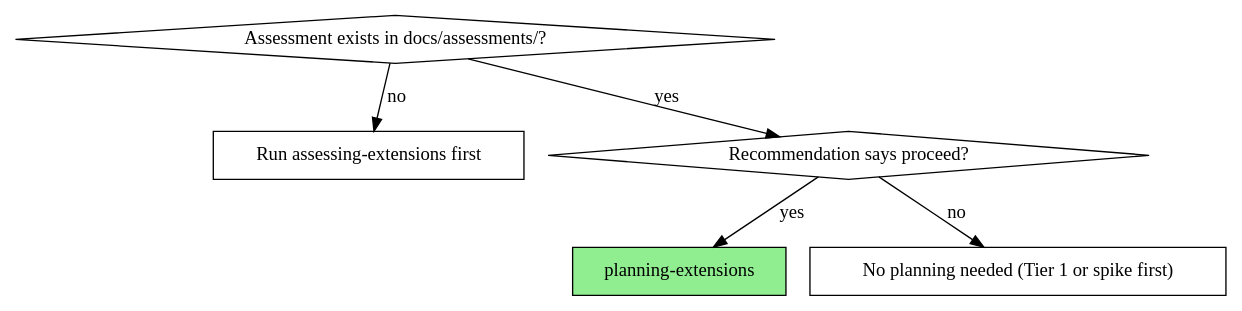
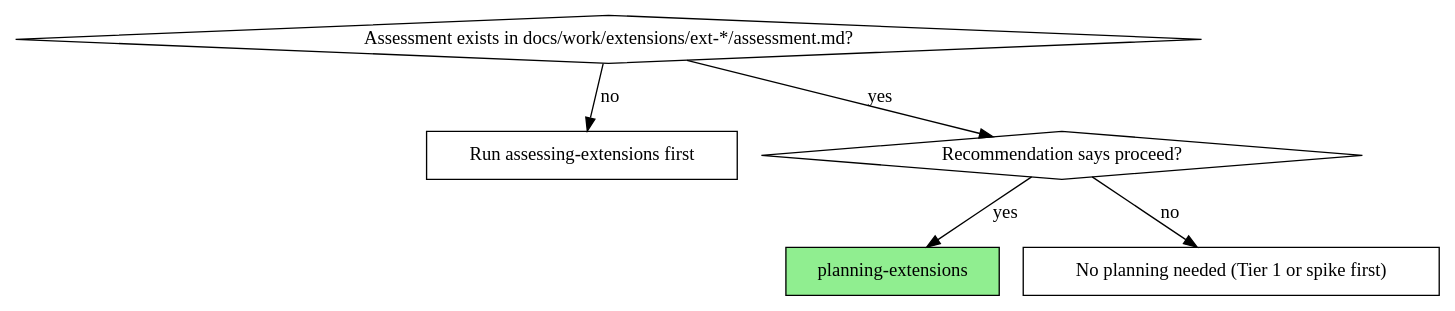
One commit to bepsvpt/vunnix changed the diagram in .claude/skills/planning-extensions/SKILL.md. Above: the diagram before and after it, drawn with Graphviz. The commit also changed other lines of this file and 144 other files, not shown here.

Commit message:
docs: reorganize documentation architecture and extension artifacts

````diff
--- a/.claude/skills/planning-extensions/SKILL.md
+++ b/.claude/skills/planning-extensions/SKILL.md
@@ -16,14 +16,14 @@
 ```dot
 digraph when_to_use {
-    "Assessment exists in docs/assessments/?" [shape=diamond];
+    "Assessment exists in docs/work/extensions/ext-*/assessment.md?" [shape=diamond];
     "Run assessing-extensions first" [shape=box];
     "Recommendation says proceed?" [shape=diamond];
     "planning-extensions" [shape=box, style=filled, fillcolor=lightgreen];
     "No planning needed (Tier 1 or spike first)" [shape=box];
 
-    "Assessment exists in docs/assessments/?" -> "Run assessing-extensions first" [label="no"];
-    "Assessment exists in docs/assessments/?" -> "Recommendation says proceed?" [label="yes"];
+    "Assessment exists in docs/work/extensions/ext-*/assessment.md?" -> "Run assessing-extensions first" [label="no"];
+    "Assessment exists in docs/work/extensions/ext-*/assessment.md?" -> "Recommendation says proceed?" [label="yes"];
     "Recommendation says proceed?" -> "planning-extensions" [label="yes"];
     "Recommendation says proceed?" -> "No planning needed (Tier 1 or spike first)" [label="no"];
 }
 ```
````
